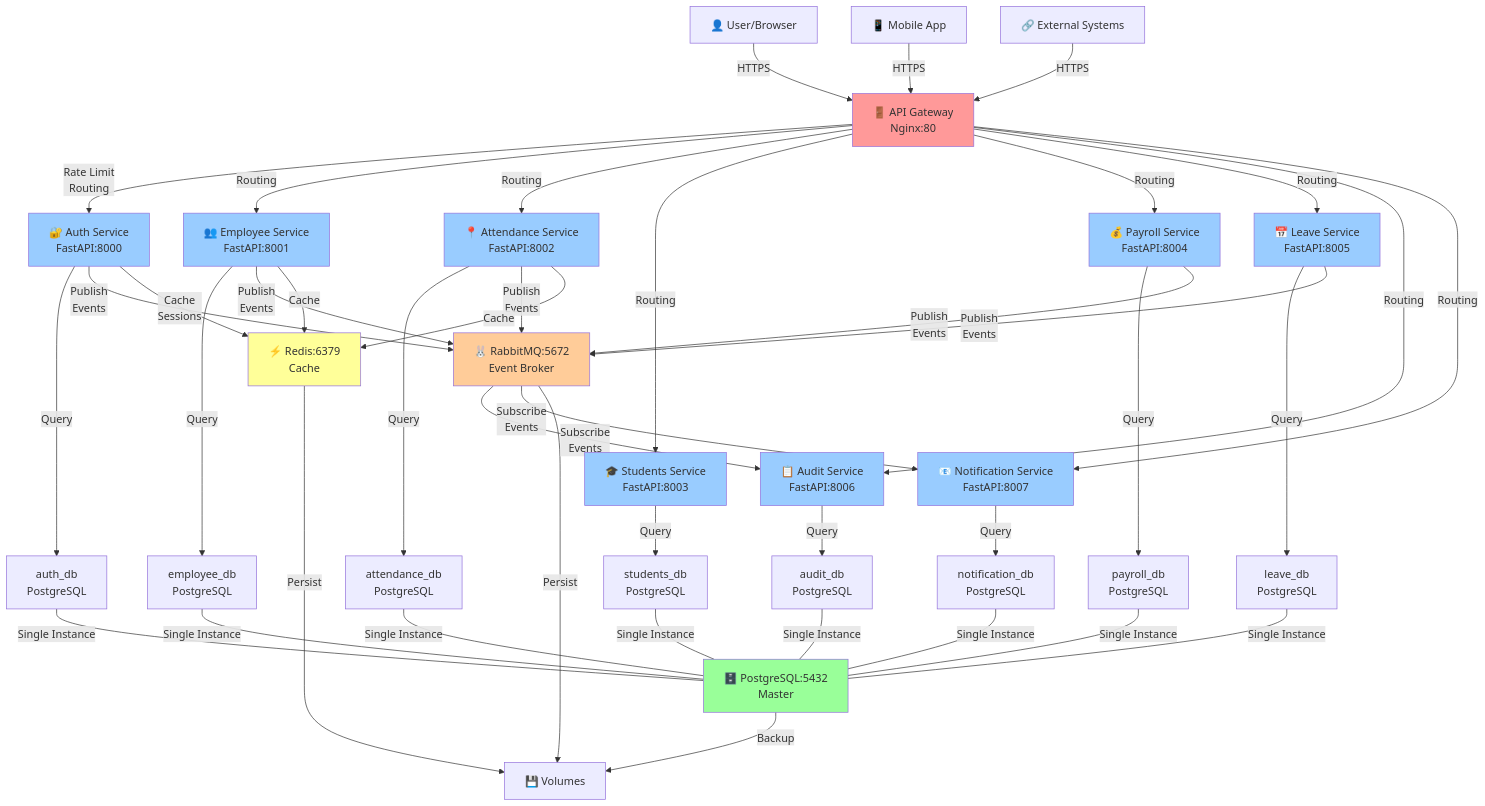
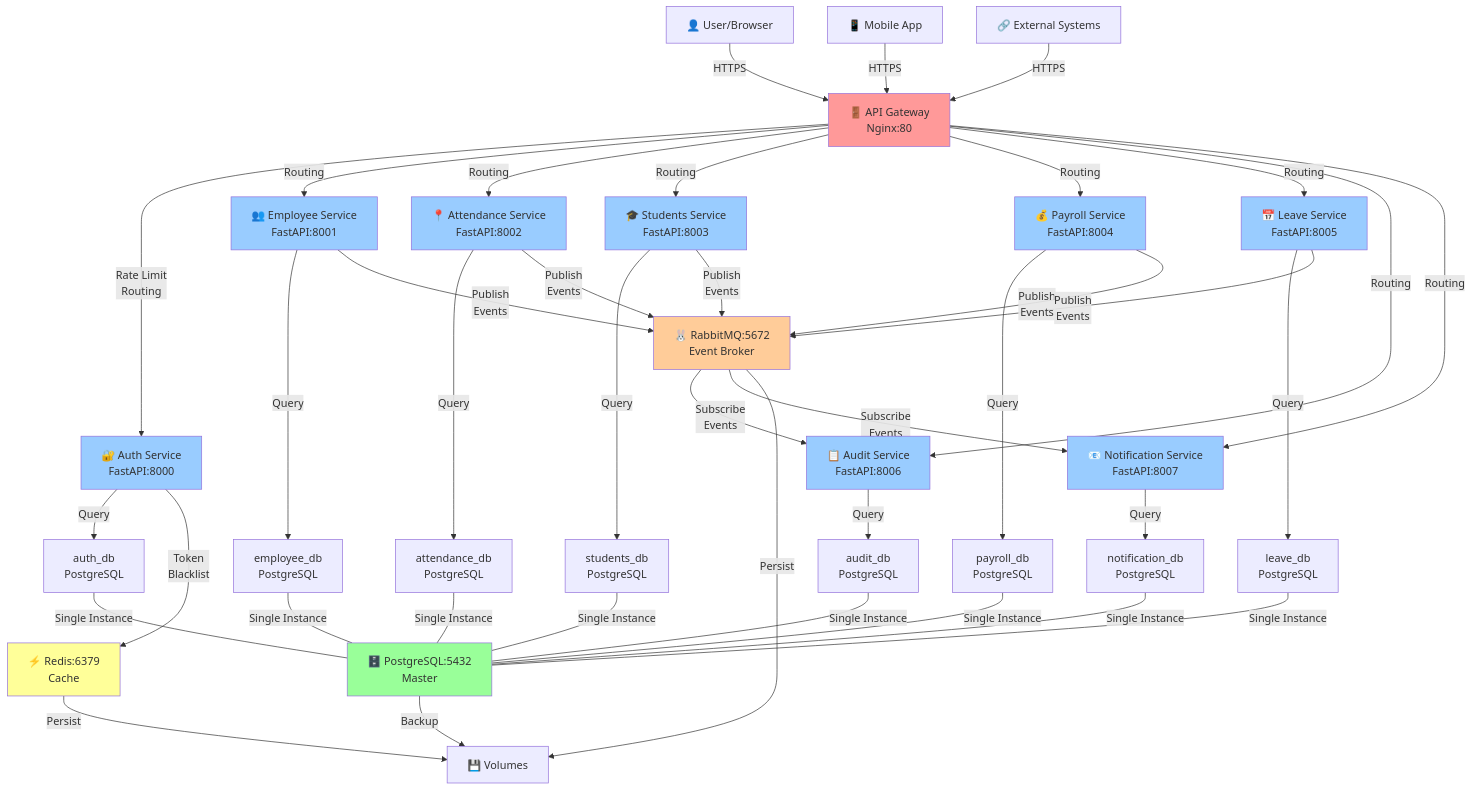
The first of 12 diagrams in SYSTEM_DESIGN_DOCUMENT.md (abh1hi/ophilliaHRMS), drawn with Mermaid before and after one commit. The commit also changed other lines of this file and 2 other files, not shown here.

````diff
--- a/SYSTEM_DESIGN_DOCUMENT.md
+++ b/SYSTEM_DESIGN_DOCUMENT.md
@@ -230,67 +232,65 @@
 ```mermaid
 flowchart TD
     User["👤 User/Browser"]
     Mobile["📱 Mobile App"]
     External["🔗 External Systems"]
 
     User -->|HTTPS| GW["🚪 API Gateway<br/>Nginx:80"]
     Mobile -->|HTTPS| GW
     External -->|HTTPS| GW
 
     GW -->|Rate Limit<br/>Routing| Auth["🔐 Auth Service<br/>FastAPI:8000"]
     GW -->|Routing| Emp["👥 Employee Service<br/>FastAPI:8001"]
     GW -->|Routing| Att["📍 Attendance Service<br/>FastAPI:8002"]
     GW -->|Routing| Stud["🎓 Students Service<br/>FastAPI:8003"]
     GW -->|Routing| Pay["💰 Payroll Service<br/>FastAPI:8004"]
     GW -->|Routing| Leave["📅 Leave Service<br/>FastAPI:8005"]
     GW -->|Routing| Audit["📋 Audit Service<br/>FastAPI:8006"]
     GW -->|Routing| Notif["📧 Notification Service<br/>FastAPI:8007"]
 
     Auth -->|Query| AuthDB["auth_db<br/>PostgreSQL"]
     Emp -->|Query| EmpDB["employee_db<br/>PostgreSQL"]
     Att -->|Query| AttDB["attendance_db<br/>PostgreSQL"]
     Stud -->|Query| StudDB["students_db<br/>PostgreSQL"]
     Pay -->|Query| PayDB["payroll_db<br/>PostgreSQL"]
     Leave -->|Query| LeaveDB["leave_db<br/>PostgreSQL"]
     Audit -->|Query| AuditDB["audit_db<br/>PostgreSQL"]
     Notif -->|Query| NotifDB["notification_db<br/>PostgreSQL"]
 
     AuthDB ---|Single Instance| PG["🗄️ PostgreSQL:5432<br/>Master"]
     EmpDB ---|Single Instance| PG
     AttDB ---|Single Instance| PG
     StudDB ---|Single Instance| PG
     PayDB ---|Single Instance| PG
     LeaveDB ---|Single Instance| PG
     AuditDB ---|Single Instance| PG
     NotifDB ---|Single Instance| PG
 
-    Auth -->|Publish<br/>Events| RMQ["🐰 RabbitMQ:5672<br/>Event Broker"]
-    Emp -->|Publish<br/>Events| RMQ
+    Emp -->|Publish<br/>Events| RMQ["🐰 RabbitMQ:5672<br/>Event Broker"]
     Att -->|Publish<br/>Events| RMQ
     Pay -->|Publish<br/>Events| RMQ
     Leave -->|Publish<br/>Events| RMQ
+    Stud -->|Publish<br/>Events| RMQ
 
     RMQ -->|Subscribe<br/>Events| Audit
     RMQ -->|Subscribe<br/>Events| Notif
 
-    Auth -->|Cache<br/>Sessions| Redis["⚡ Redis:6379<br/>Cache"]
-    Emp -->|Cache| Redis
-    Att -->|Cache| Redis
+    Auth -->|Token<br/>Blacklist| Redis["⚡ Redis:6379<br/>Cache"]
 
     PG -->|Backup| Storage["💾 Volumes"]
     RMQ -->|Persist| Storage
     Redis -->|Persist| Storage
 
     style GW fill:#ff9999
     style Auth fill:#99ccff
     style Emp fill:#99ccff
     style Att fill:#99ccff
     style Stud fill:#99ccff
     style Pay fill:#99ccff
     style Leave fill:#99ccff
     style Audit fill:#99ccff
     style Notif fill:#99ccff
     style PG fill:#99ff99
     style RMQ fill:#ffcc99
     style Redis fill:#ffff99
 ```
````
